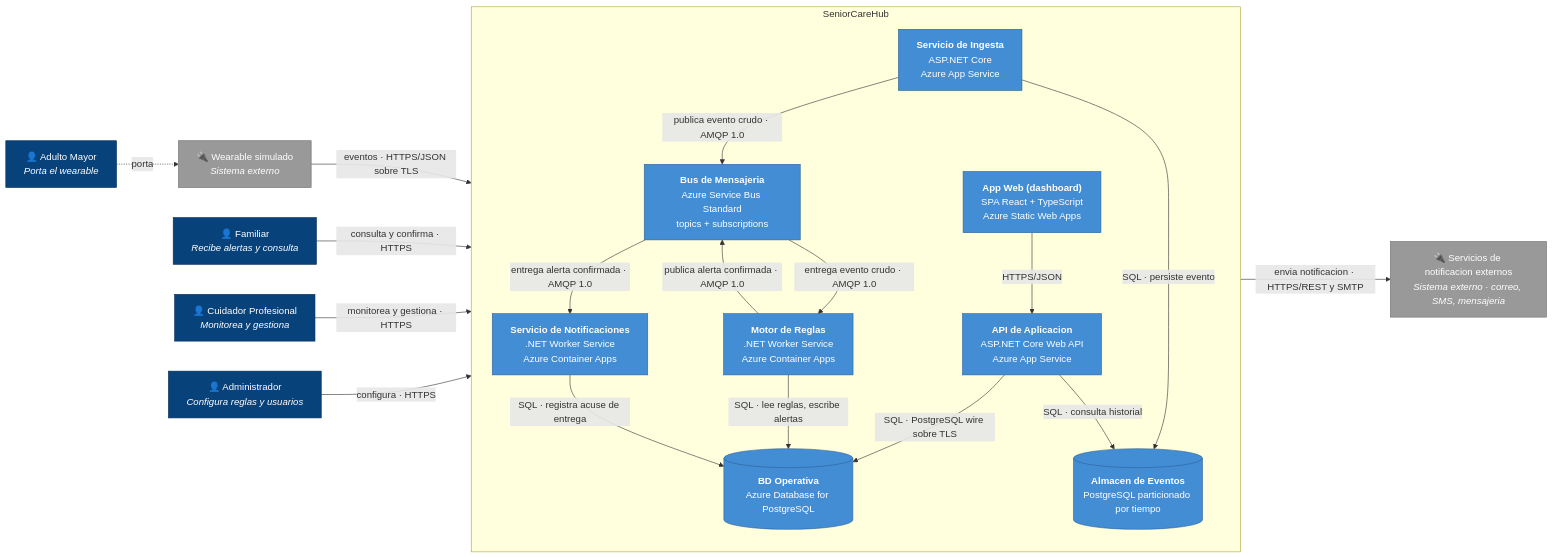
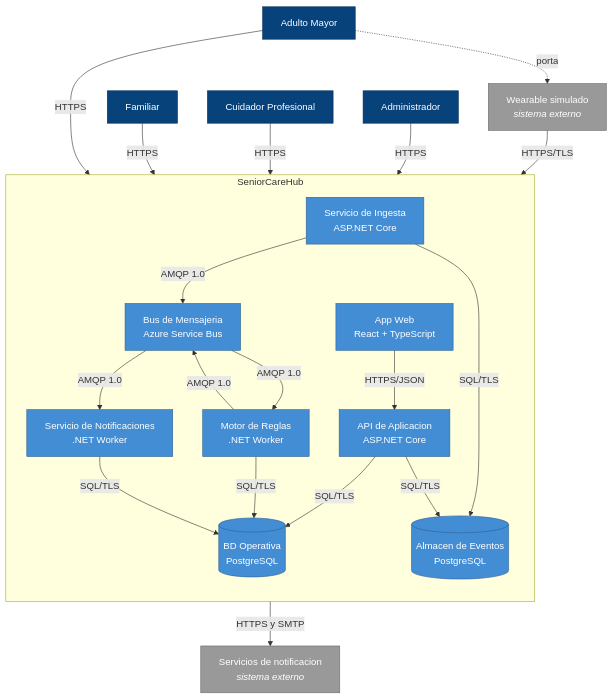
One commit to pswe04-seniorcarehub/pswe04-senior-care-hub-c2-2026 changed the second of 2 diagrams in docs/PSWE04_SeniorCareHub_Documento_Proyecto.md. Above: the diagram before and after it, drawn with Mermaid. The commit also changed other lines of this file and 1 other file, not shown here.

Commit message:
docs(vista-contenedores): mejorar legibilidad del diagrama y corregir relacion del adulto mayor

````diff
--- a/docs/PSWE04_SeniorCareHub_Documento_Proyecto.md
+++ b/docs/PSWE04_SeniorCareHub_Documento_Proyecto.md
@@ -339,55 +339,54 @@
 ```mermaid
-flowchart LR
+flowchart TB
     %% ---------- Actores ----------
-    AM["👤 Adulto Mayor<br/><i>Porta el wearable</i>"]
-    FA["👤 Familiar<br/><i>Recibe alertas y consulta</i>"]
-    CU["👤 Cuidador Profesional<br/><i>Monitorea y gestiona</i>"]
-    AD["👤 Administrador<br/><i>Configura reglas y usuarios</i>"]
+    AM["Adulto Mayor"]
+    FA["Familiar"]
+    CU["Cuidador Profesional"]
+    AD["Administrador"]
 
     %% ---------- Sistemas externos ----------
-    WE["🔌 Wearable simulado<br/><i>Sistema externo</i>"]
-    NO["🔌 Servicios de notificacion externos<br/><i>Sistema externo · correo, SMS, mensajeria</i>"]
+    WE["Wearable simulado<br/><i>sistema externo</i>"]
+    NO["Servicios de notificacion<br/><i>sistema externo</i>"]
 
     %% ---------- Contenedores ----------
     subgraph SCH["SeniorCareHub"]
         direction TB
-        C1["<b>App Web (dashboard)</b><br/>SPA React + TypeScript<br/>Azure Static Web Apps"]
-        C2["<b>API de Aplicacion</b><br/>ASP.NET Core Web API<br/>Azure App Service"]
-        C3["<b>Servicio de Ingesta</b><br/>ASP.NET Core<br/>Azure App Service"]
-        C4["<b>Bus de Mensajeria</b><br/>Azure Service Bus Standard<br/>topics + subscriptions"]
-        C5["<b>Motor de Reglas</b><br/>.NET Worker Service<br/>Azure Container Apps"]
-        C6["<b>Servicio de Notificaciones</b><br/>.NET Worker Service<br/>Azure Container Apps"]
-        C7[("<b>BD Operativa</b><br/>Azure Database for PostgreSQL")]
-        C8[("<b>Almacen de Eventos</b><br/>PostgreSQL particionado por tiempo")]
+        C1["App Web<br/>React + TypeScript"]
+        C2["API de Aplicacion<br/>ASP.NET Core"]
+        C3["Servicio de Ingesta<br/>ASP.NET Core"]
+        C4["Bus de Mensajeria<br/>Azure Service Bus"]
+        C5["Motor de Reglas<br/>.NET Worker"]
+        C6["Servicio de Notificaciones<br/>.NET Worker"]
+        C7[("BD Operativa<br/>PostgreSQL")]
+        C8[("Almacen de Eventos<br/>PostgreSQL")]
     end
 
     %% ---------- Relaciones ----------
     AM -.->|"porta"| WE
-    WE -->|"eventos · HTTPS/JSON sobre TLS"| C3
-    FA -->|"consulta y confirma · HTTPS"| C1
-    CU -->|"monitorea y gestiona · HTTPS"| C1
-    AD -->|"configura · HTTPS"| C1
+    AM -->|"HTTPS"| C1
+    FA -->|"HTTPS"| C1
+    CU -->|"HTTPS"| C1
+    AD -->|"HTTPS"| C1
+    WE -->|"HTTPS/TLS"| C3
 
     C1 -->|"HTTPS/JSON"| C2
-    C3 -->|"publica evento crudo · AMQP 1.0"| C4
-    C4 -->|"entrega evento crudo · AMQP 1.0"| C5
-    C5 -->|"publica alerta confirmada · AMQP 1.0"| C4
-    C4 -->|"entrega alerta confirmada · AMQP 1.0"| C6
-    C6 -->|"envia notificacion · HTTPS/REST y SMTP"| NO
+    C3 -->|"AMQP 1.0"| C4
+    C4 -->|"AMQP 1.0"| C5
+    C5 -->|"AMQP 1.0"| C4
+    C4 -->|"AMQP 1.0"| C6
+    C6 -->|"HTTPS y SMTP"| NO
 
-    C2 -->|"SQL · PostgreSQL wire sobre TLS"| C7
-    C5 -->|"SQL · lee reglas, escribe alertas"| C7
-    C6 -->|"SQL · registra acuse de entrega"| C7
-    C3 -->|"SQL · persiste evento"| C8
-    C2 -->|"SQL · consulta historial"| C8
+    C2 -->|"SQL/TLS"| C7
+    C5 -->|"SQL/TLS"| C7
+    C6 -->|"SQL/TLS"| C7
+    C3 -->|"SQL/TLS"| C8
+    C2 -->|"SQL/TLS"| C8
 
     %% ---------- Estilos ----------
     classDef actor fill:#08427B,stroke:#052E56,color:#FFFFFF
     classDef ext fill:#999999,stroke:#6B6B6B,color:#FFFFFF
     classDef cont fill:#438DD5,stroke:#2E6295,color:#FFFFFF
-    classDef db fill:#438DD5,stroke:#2E6295,color:#FFFFFF
     class AM,FA,CU,AD actor
     class WE,NO ext
-    class C1,C2,C3,C4,C5,C6 cont
-    class C7,C8 db
+    class C1,C2,C3,C4,C5,C6,C7,C8 cont
 ```
````
